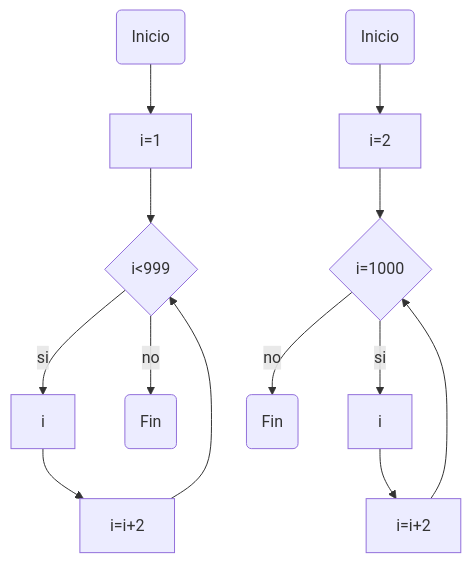
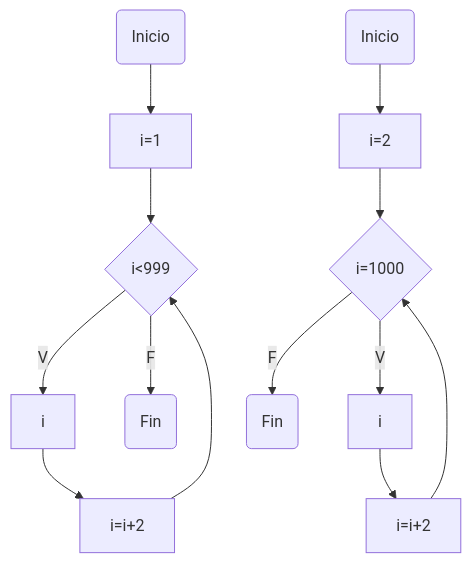
One commit to TzDaniel1/Reto_7 changed the second of 3 diagrams in README.md. Above: the diagram before and after it, drawn with Mermaid. The commit also changed other lines of this file, not shown here.

````diff
--- a/README.md
+++ b/README.md
@@ -39,16 +39,16 @@
 ```mermaid
 flowchart TD
 A(Inicio)-->B[i=1]
 B-->C{i<999}
-C-->|si|D[i]
+C-->|V|D[i]
 D-->E[i=i+2]
 E-->C
-C-->|no|F(Fin)
+C-->|F|F(Fin)
 
 a(Inicio)-->b[i=2]
 b-->c{i=1000}
-c-->|si|d[i]
+c-->|V|d[i]
 d-->e[i=i+2]
 e-->c 
-c-->|no|f(Fin)
+c-->|F|f(Fin)
 ```
````
